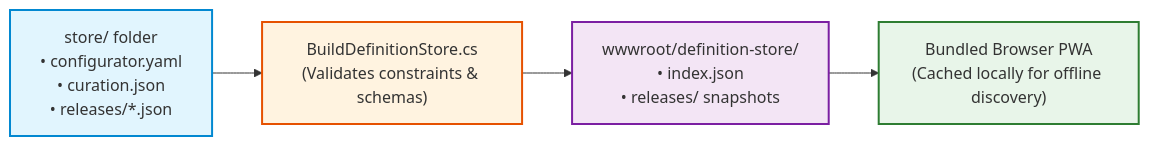
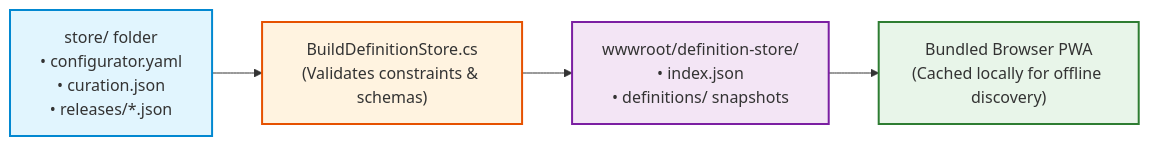
The diagram in docs/public/definition-store.md (islamu-ngo/Configurator), drawn with Mermaid before and after one commit. The commit also changed other lines of this file and 66 other files, not shown here.

First line of the commit message:
fix(definitions): ship qualified v2 schemas examples and package contracts

````diff
--- a/docs/public/definition-store.md
+++ b/docs/public/definition-store.md
@@ -17,11 +17,11 @@
 ```mermaid
 flowchart LR
     SRC["store/ folder<br/>• configurator.yaml<br/>• curation.json<br/>• releases/*.json"] --> BUILD["BuildDefinitionStore.cs<br/>(Validates constraints & schemas)"]
-    BUILD --> ASSETS["wwwroot/definition-store/<br/>• index.json<br/>• releases/ snapshots"]
+    BUILD --> ASSETS["wwwroot/definition-store/<br/>• index.json<br/>• definitions/ snapshots"]
     ASSETS --> PWA["Bundled Browser PWA<br/>(Cached locally for offline discovery)"]
 
     style SRC fill:#e1f5fe,stroke:#0288d1,stroke-width:2px
     style BUILD fill:#fff3e0,stroke:#e65100,stroke-width:2px
     style ASSETS fill:#f3e5f5,stroke:#7b1fa2,stroke-width:2px
     style PWA fill:#e8f5e9,stroke:#2e7d32,stroke-width:2px
 ```
````
